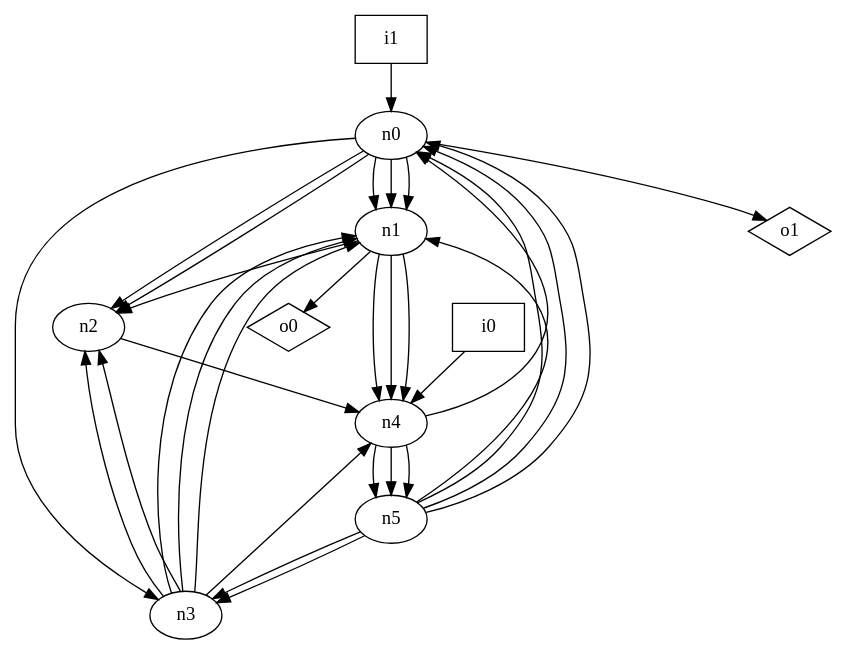
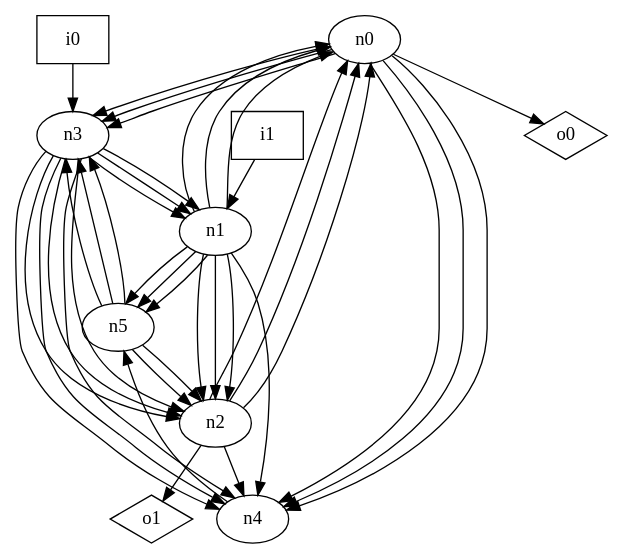
Before and after one commit to p9romain/bool-circuits: the diagram in dot_files/random_graph/oriented_loop_free_graph.dot, drawn with Graphviz. The commit also changed 88 other files, not shown here.

```diff
--- a/dot_files/random_graph/oriented_loop_free_graph.dot
+++ b/dot_files/random_graph/oriented_loop_free_graph.dot
@@ -1,43 +1,51 @@
 digraph G {
 n0 [label="n0"];
 n1 [label="n1"];
 n2 [label="n2"];
 n3 [label="n3"];
 n4 [label="n4"];
 n5 [label="n5"];
 n6 [label="i0",shape="box"];
 n7 [label="i1",shape="box"];
 n8 [label="o0",shape="diamond"];
 n9 [label="o1",shape="diamond"];
-n0 -> n1
-n0 -> n1
-n0 -> n1
-n0 -> n2
-n0 -> n2
 n0 -> n3
-n0 -> n9
+n0 -> n3
+n0 -> n3
+n0 -> n4
+n0 -> n4
+n0 -> n4
+n0 -> n8
+n1 -> n0
+n1 -> n0
+n1 -> n0
+n1 -> n2
+n1 -> n2
 n1 -> n2
 n1 -> n4
-n1 -> n4
-n1 -> n4
-n1 -> n8
+n1 -> n5
+n1 -> n5
+n1 -> n5
+n2 -> n0
+n2 -> n0
+n2 -> n0
 n2 -> n4
+n2 -> n9
 n3 -> n1
 n3 -> n1
 n3 -> n1
 n3 -> n2
 n3 -> n2
+n3 -> n2
 n3 -> n4
-n4 -> n0
+n3 -> n4
+n3 -> n4
 n4 -> n5
-n4 -> n5
-n4 -> n5
-n5 -> n0
-n5 -> n0
-n5 -> n0
-n5 -> n1
+n5 -> n2
+n5 -> n2
 n5 -> n3
 n5 -> n3
-n6 -> n4
-n7 -> n0
+n5 -> n3
+n6 -> n3
+n7 -> n1
 }
```
